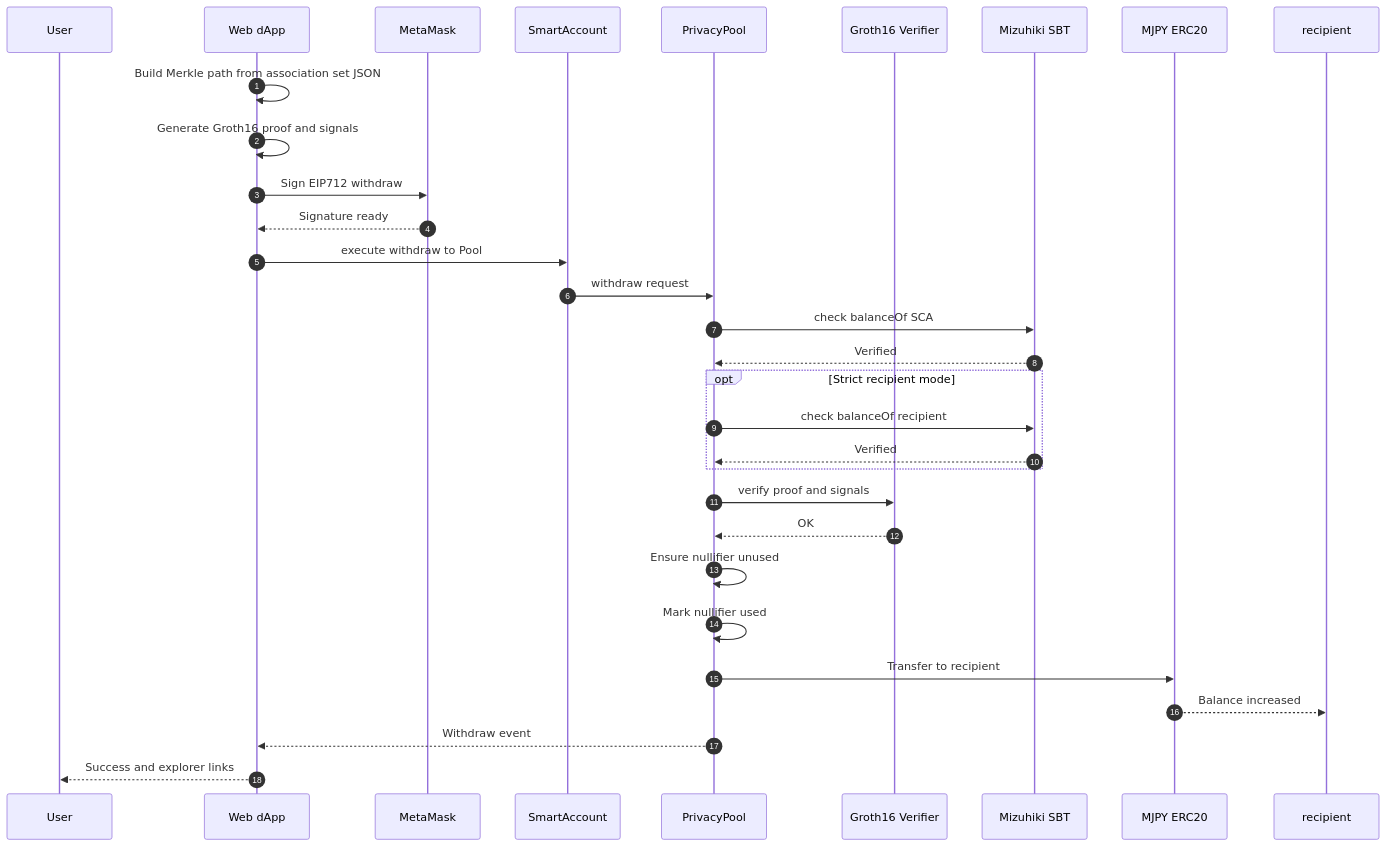
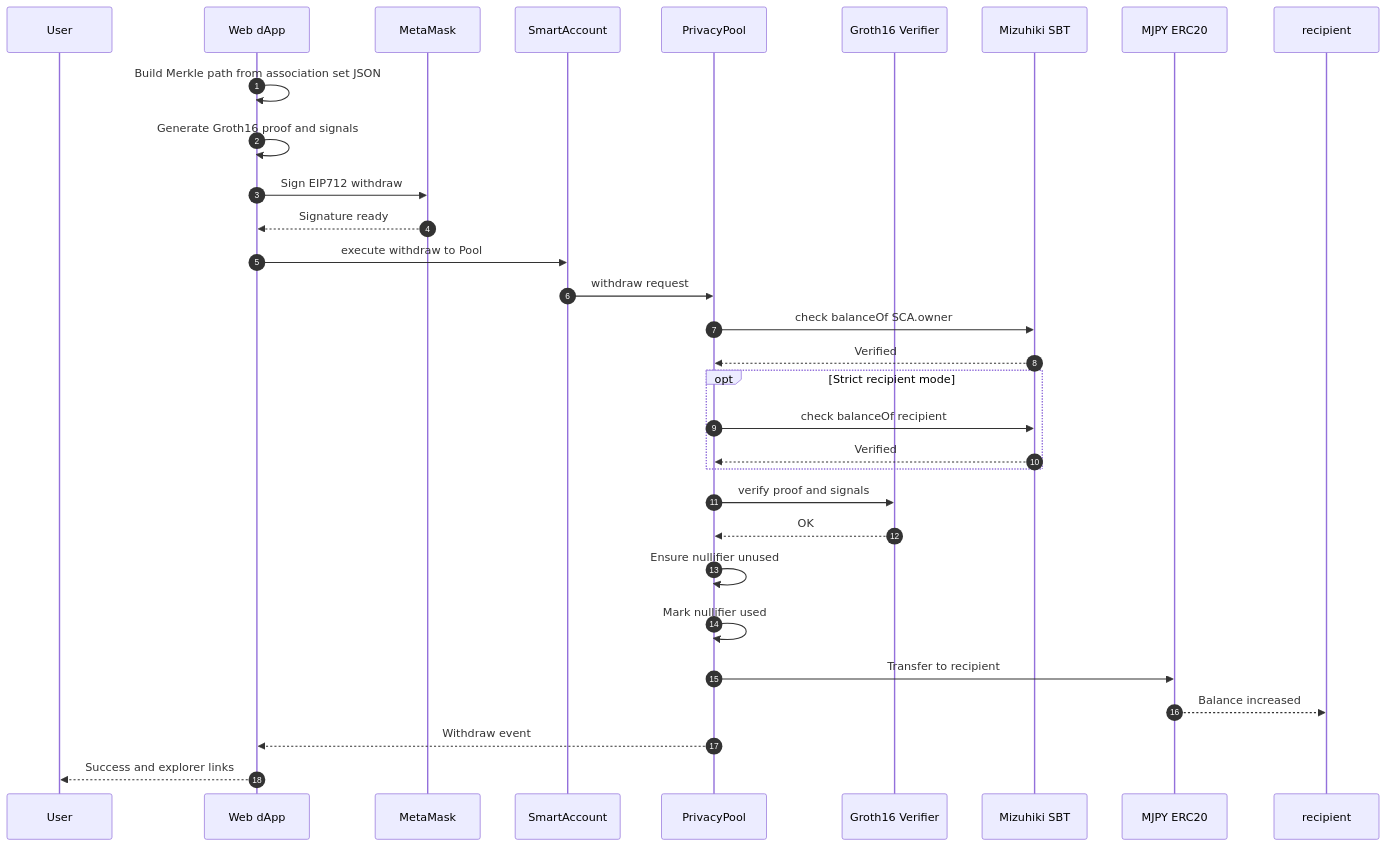
One commit to yottahmd/jsc-poc changed the fourth of 4 diagrams in docs/detailed-design.md. Above: the diagram before and after it, drawn with Mermaid. The commit also changed other lines of this file and 7 other files, not shown here.

````diff
--- a/docs/detailed-design.md
+++ b/docs/detailed-design.md
@@ -399,34 +398,34 @@
 ```mermaid
 sequenceDiagram
     autonumber
     participant U as User
     participant D as Web dApp
     participant MM as MetaMask
     participant SCA as SmartAccount
     participant Pool as PrivacyPool
     participant Verif as Groth16 Verifier
     participant SBT as Mizuhiki SBT
     participant MJPY as MJPY ERC20
 
     D->>D: Build Merkle path from association set JSON
     D->>D: Generate Groth16 proof and signals
 
     D->>MM: Sign EIP712 withdraw
     MM-->>D: Signature ready
     D->>SCA: execute withdraw to Pool
     SCA->>Pool: withdraw request
-    Pool->>SBT: check balanceOf SCA
+    Pool->>SBT: check balanceOf SCA.owner
     SBT-->>Pool: Verified
     opt Strict recipient mode
         Pool->>SBT: check balanceOf recipient
         SBT-->>Pool: Verified
     end
     Pool->>Verif: verify proof and signals
     Verif-->>Pool: OK
     Pool->>Pool: Ensure nullifier unused
     Pool->>Pool: Mark nullifier used
     Pool->>MJPY: Transfer to recipient
     MJPY-->>recipient: Balance increased
     Pool-->>D: Withdraw event
     D-->>U: Success and explorer links
 ```
````
